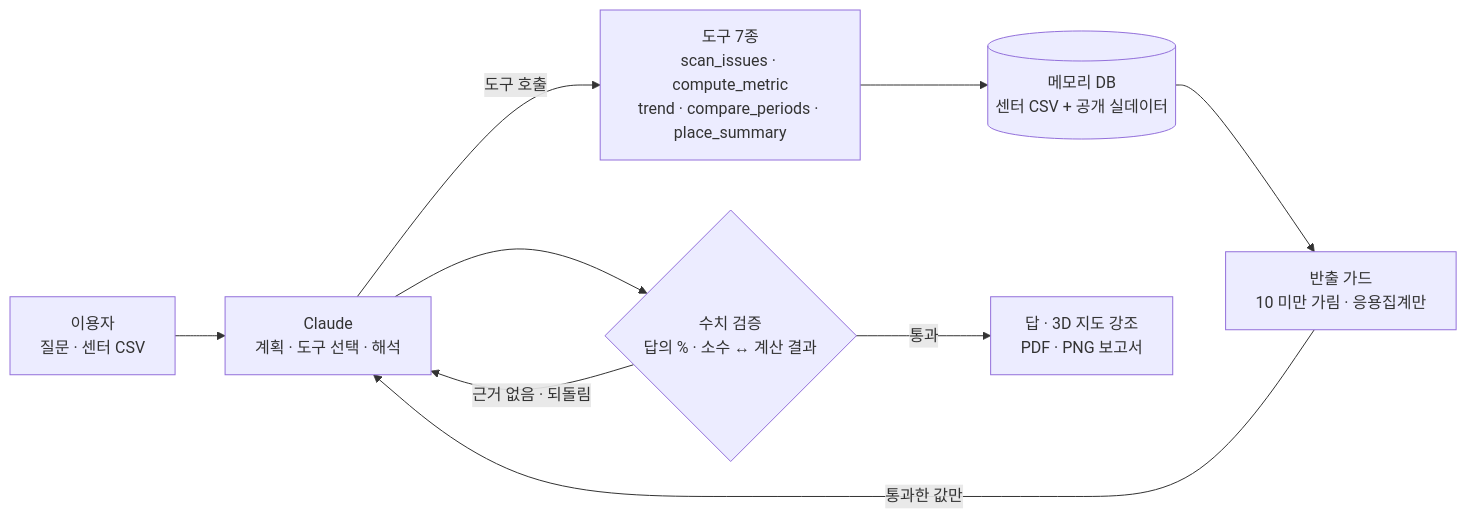
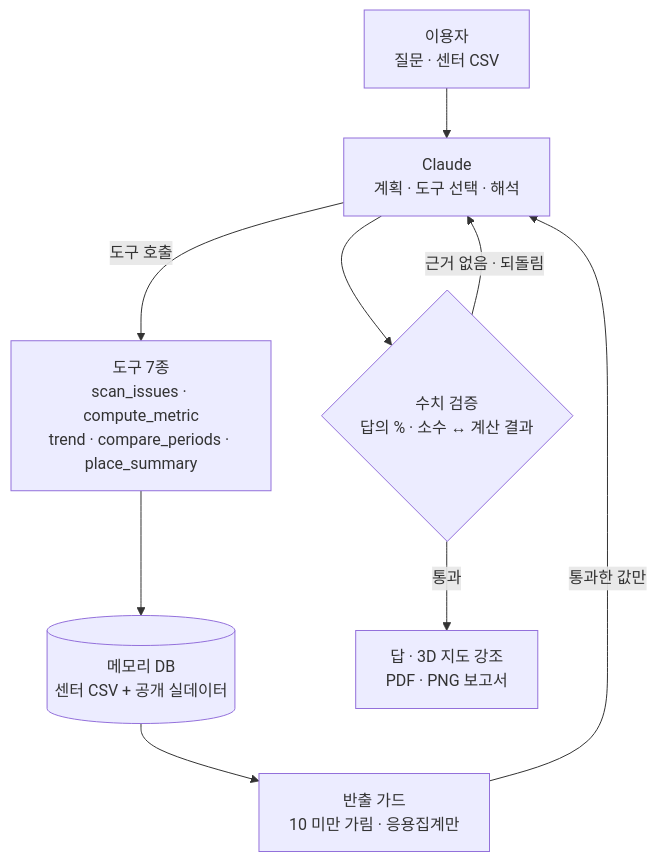
Before and after one commit to Sangwoo1020/PLaiJeju: the diagram in README.md, drawn with Mermaid.

Commit message:
README: Agent 구조 그림을 세로로 바꿔 글씨를 키움

````diff
--- a/README.md
+++ b/README.md
@@ -120,11 +120,11 @@
 ```mermaid
-flowchart LR
+flowchart TD
     U["이용자<br/>질문 · 센터 CSV"] --> C["Claude<br/>계획 · 도구 선택 · 해석"]
     C -- 도구 호출 --> T["도구 7종<br/>scan_issues · compute_metric<br/>trend · compare_periods · place_summary"]
     T --> DB[("메모리 DB<br/>센터 CSV + 공개 실데이터")]
     DB --> G["반출 가드<br/>10 미만 가림 · 응용집계만"]
     G -- 통과한 값만 --> C
     C --> V{"수치 검증<br/>답의 % · 소수 ↔ 계산 결과"}
     V -- 근거 없음 · 되돌림 --> C
     V -- 통과 --> R["답 · 3D 지도 강조<br/>PDF · PNG 보고서"]
 ```
````
